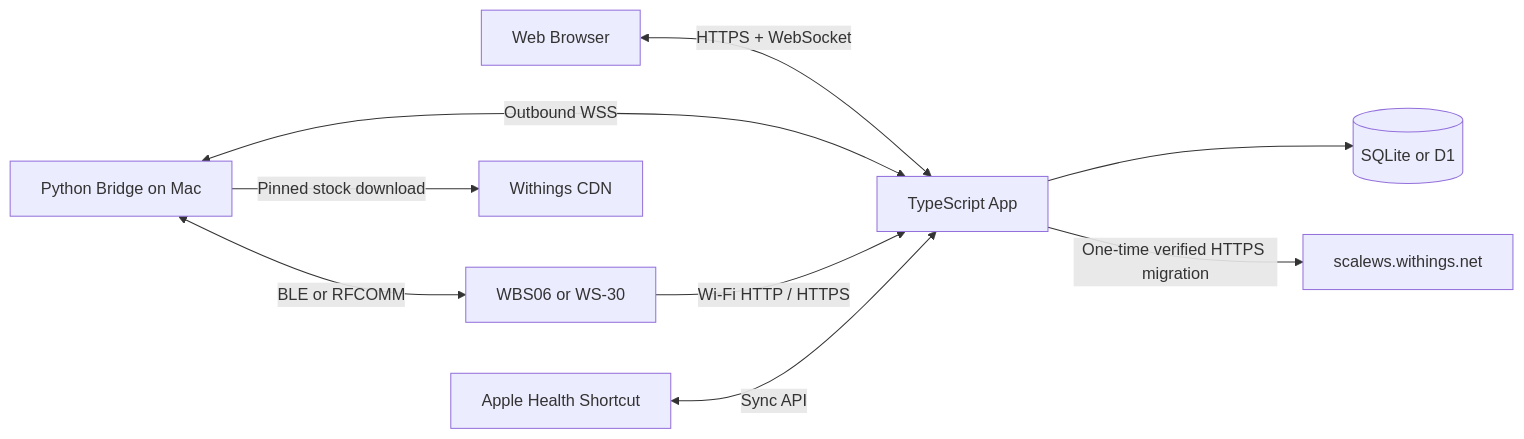
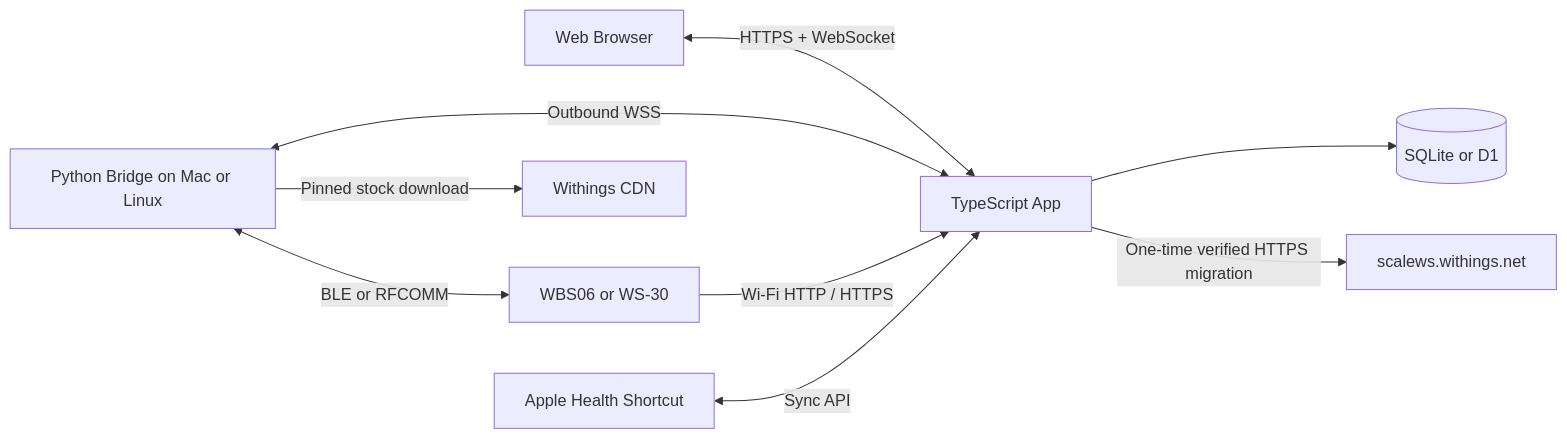
Before and after one commit to TomAnthony/YourOwnWeigh: the diagram in docs/architecture.md, drawn with Mermaid. The commit also changed 19 other files, not shown here.

Commit message:
Add Linux support for the bridge.

````diff
--- a/docs/architecture.md
+++ b/docs/architecture.md
@@ -3,11 +3,11 @@
 ```mermaid
 flowchart LR
   Browser[Web Browser] <-->|HTTPS + WebSocket| App[TypeScript App]
-  Bridge[Python Bridge on Mac] <-->|Outbound WSS| App
+  Bridge[Python Bridge on Mac or Linux] <-->|Outbound WSS| App
   Bridge <-->|BLE or RFCOMM| Scale[WBS06 or WS-30]
   Scale -->|Wi-Fi HTTP / HTTPS| App
   App --> DB[(SQLite or D1)]
   App -->|One-time verified HTTPS migration| Vendor[scalews.withings.net]
   Bridge -->|Pinned stock download| CDN[Withings CDN]
   Phone[Apple Health Shortcut] <-->|Sync API| App
 ```
````
